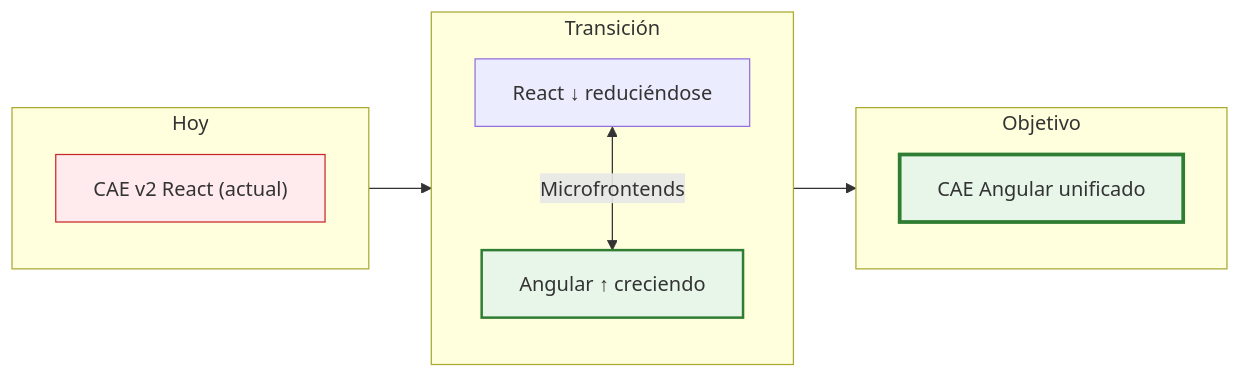
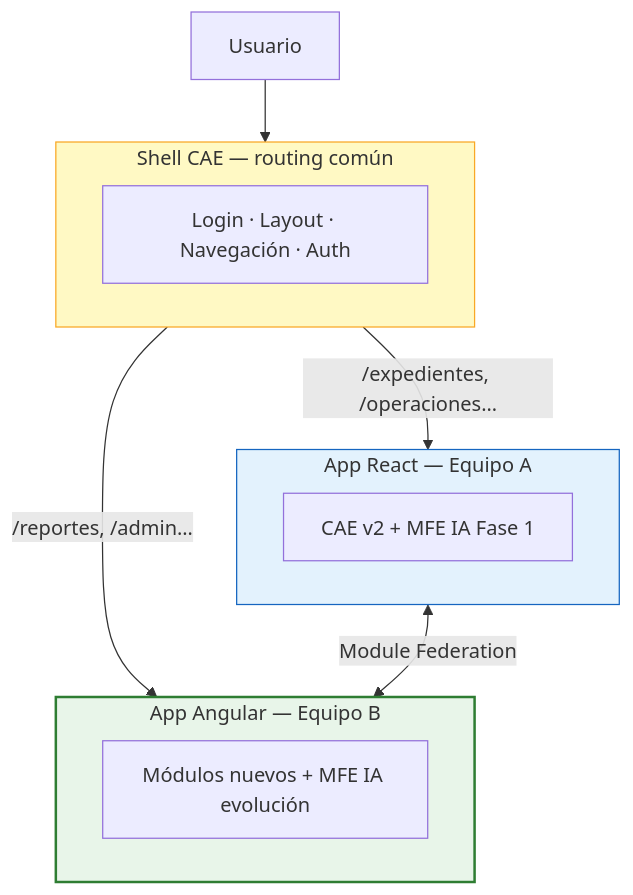
The first of 4 diagrams in caedocs/ESTRATEGIA-MIGRACION-FRONTEND-CAE.md (angelnietos/erp), drawn with Mermaid before and after one commit. The commit also changed other lines of this file and 7 other files, not shown here.

````diff
--- a/caedocs/ESTRATEGIA-MIGRACION-FRONTEND-CAE.md
+++ b/caedocs/ESTRATEGIA-MIGRACION-FRONTEND-CAE.md
@@ -76,22 +78,25 @@
 ```mermaid
-flowchart LR
-    subgraph HOY["Hoy"]
-        REACT["CAE v2 React (actual)"]
+flowchart TB
+    USER["Usuario"]
+
+    subgraph SHELL["Shell CAE — routing común"]
+        ROUTER["Login · Layout · Navegación · Auth"]
     end
 
-    subgraph TRANS["Transición"]
-        REACT2["React ↓ reduciéndose"]
-        ANG["Angular ↑ creciendo"]
-        REACT2 <-->|Microfrontends| ANG
+    subgraph REACT["App React — Equipo A"]
+        R_MOD["CAE v2 + MFE IA Fase 1"]
     end
 
-    subgraph META["Objetivo"]
-        CAE["CAE Angular unificado"]
+    subgraph ANG["App Angular — Equipo B"]
+        A_MOD["Módulos nuevos + MFE IA evolución"]
     end
 
-    HOY --> TRANS --> META
+    USER --> SHELL
+    SHELL -->|"/expedientes, /operaciones…"| REACT
+    SHELL -->|"/reportes, /admin…"| ANG
+    REACT <-->|Module Federation| ANG
 
-    style REACT fill:#ffebee,stroke:#c62828
+    style SHELL fill:#fff9c4,stroke:#f9a825
+    style REACT fill:#e3f2fd,stroke:#1565c0
     style ANG fill:#e8f5e9,stroke:#2e7d32,stroke-width:2px
-    style CAE fill:#e8f5e9,stroke:#2e7d32,stroke-width:3px
 ```
````
